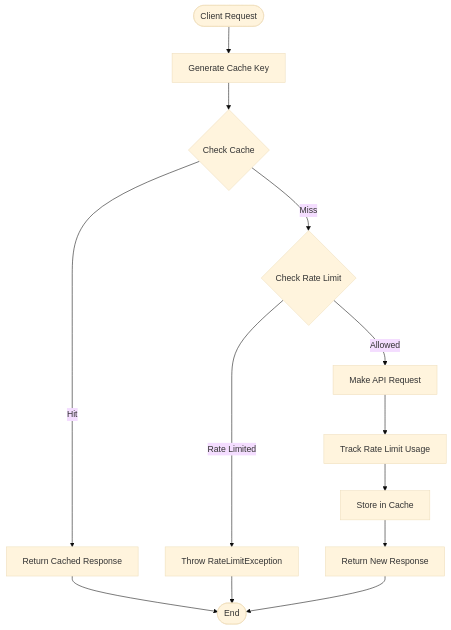
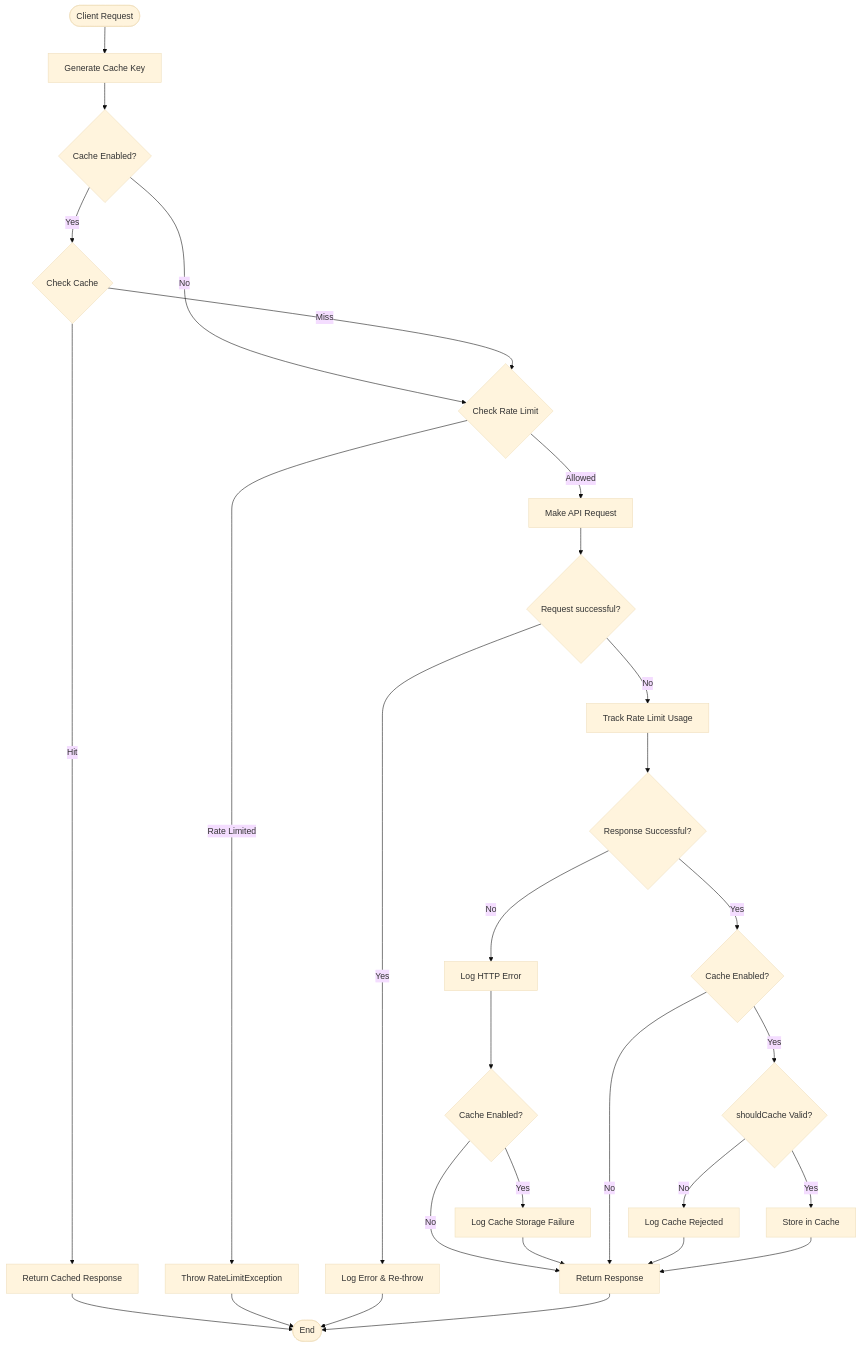
Before and after one commit to fofxtools/api-cache: the diagram in docs/diagrams/workflow-diagram.mmd, drawn with Mermaid (base theme). The commit also changed 17 other files, not shown here.

```diff
--- a/docs/diagrams/workflow-diagram.mmd
+++ b/docs/diagrams/workflow-diagram.mmd
@@ -1,17 +1,41 @@
 flowchart TD
     Start([Client Request]) --> GenKey[Generate Cache Key]
-    GenKey --> CheckCache{Check Cache}
-    
+    GenKey --> CheckCacheEnabled{Cache Enabled?}
+
+    CheckCacheEnabled -->|No| CheckLimit[Check Rate Limit]
+    CheckCacheEnabled -->|Yes| CheckCache{Check Cache}
+
     CheckCache -->|Hit| ReturnCache[Return Cached Response]
     ReturnCache --> End([End])
-    
+
     CheckCache -->|Miss| CheckLimit{Check Rate Limit}
-    
+
     CheckLimit -->|Rate Limited| ThrowLimit[Throw RateLimitException]
     ThrowLimit --> End
-    
+
     CheckLimit -->|Allowed| MakeRequest[Make API Request]
-    MakeRequest --> TrackLimit[Track Rate Limit Usage]
-    TrackLimit --> Store[Store in Cache]
-    Store --> ReturnNew[Return New Response]
-    ReturnNew --> End
+    MakeRequest --> HandleErrors{Request successful?}
+
+    HandleErrors -->|Yes| LogConnError[Log Error & Re-throw]
+    LogConnError --> End
+
+    HandleErrors -->|No| TrackLimit[Track Rate Limit Usage]
+    TrackLimit --> CheckSuccess{Response Successful?}
+
+    CheckSuccess -->|No| LogHttpError[Log HTTP Error]
+    LogHttpError --> CheckCacheEnabledFail{Cache Enabled?}
+    CheckCacheEnabledFail -->|Yes| LogCacheFail[Log Cache Storage Failure]
+    CheckCacheEnabledFail -->|No| ReturnResponse[Return Response]
+    LogCacheFail --> ReturnResponse
+
+    CheckSuccess -->|Yes| CheckCacheEnabledSuccess{Cache Enabled?}
+
+    CheckCacheEnabledSuccess -->|No| ReturnResponse
+    CheckCacheEnabledSuccess -->|Yes| CheckShouldCache{shouldCache Valid?}
+
+    CheckShouldCache -->|No| LogRejected[Log Cache Rejected]
+    LogRejected --> ReturnResponse
+
+    CheckShouldCache -->|Yes| StoreCache[Store in Cache]
+    StoreCache --> ReturnResponse
+    ReturnResponse --> End
```
